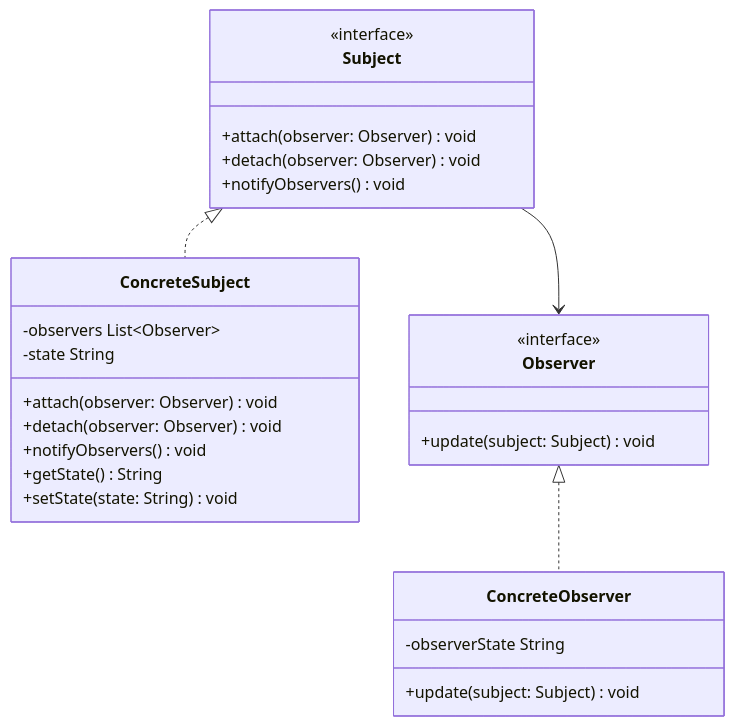
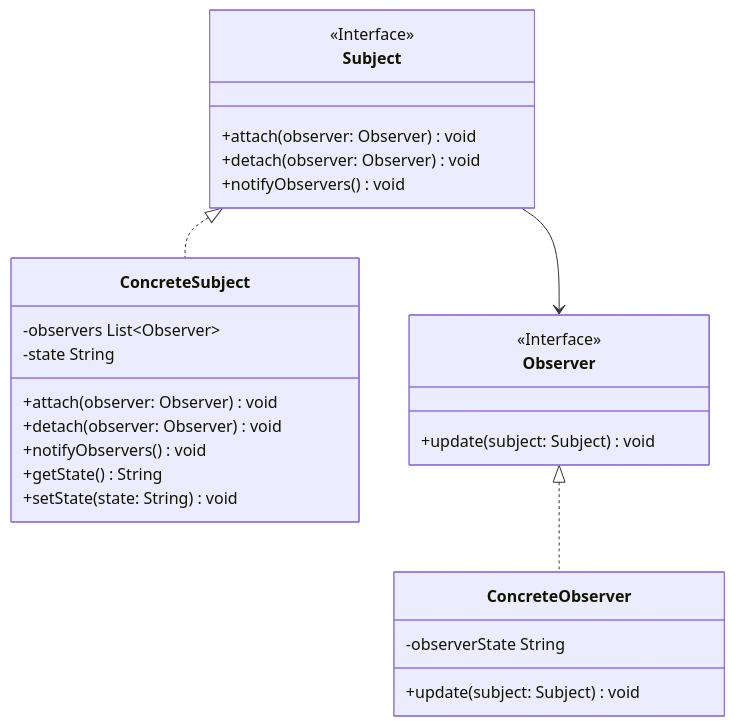
Diagram 17 of 29 in content/posts/教學/分析與設計/Design Pattern教學.md (chihhung/Blog), drawn with Mermaid before and after one commit. The commit also changed other lines of this file and 9 other files, not shown here.

Commit message:
修復 Mermaid v11 interface 語法

````diff
--- a/content/posts/教學/分析與設計/Design Pattern教學.md
+++ b/content/posts/教學/分析與設計/Design Pattern教學.md
@@ -3678,33 +3678,33 @@
 ```mermaid
 classDiagram
     class Subject {
-        <<interface>>
+        <<Interface>>
         +attach(observer: Observer) void
         +detach(observer: Observer) void
         +notifyObservers() void
     }
     
     class ConcreteSubject {
         -observers List~Observer~
         -state String
         +attach(observer: Observer) void
         +detach(observer: Observer) void
         +notifyObservers() void
         +getState() String
         +setState(state: String) void
     }
     
     class Observer {
-        <<interface>>
+        <<Interface>>
         +update(subject: Subject) void
     }
     
     class ConcreteObserver {
         -observerState String
         +update(subject: Subject) void
     }
     
     Subject <|.. ConcreteSubject
     Observer <|.. ConcreteObserver
     Subject --> Observer
 ```
````
